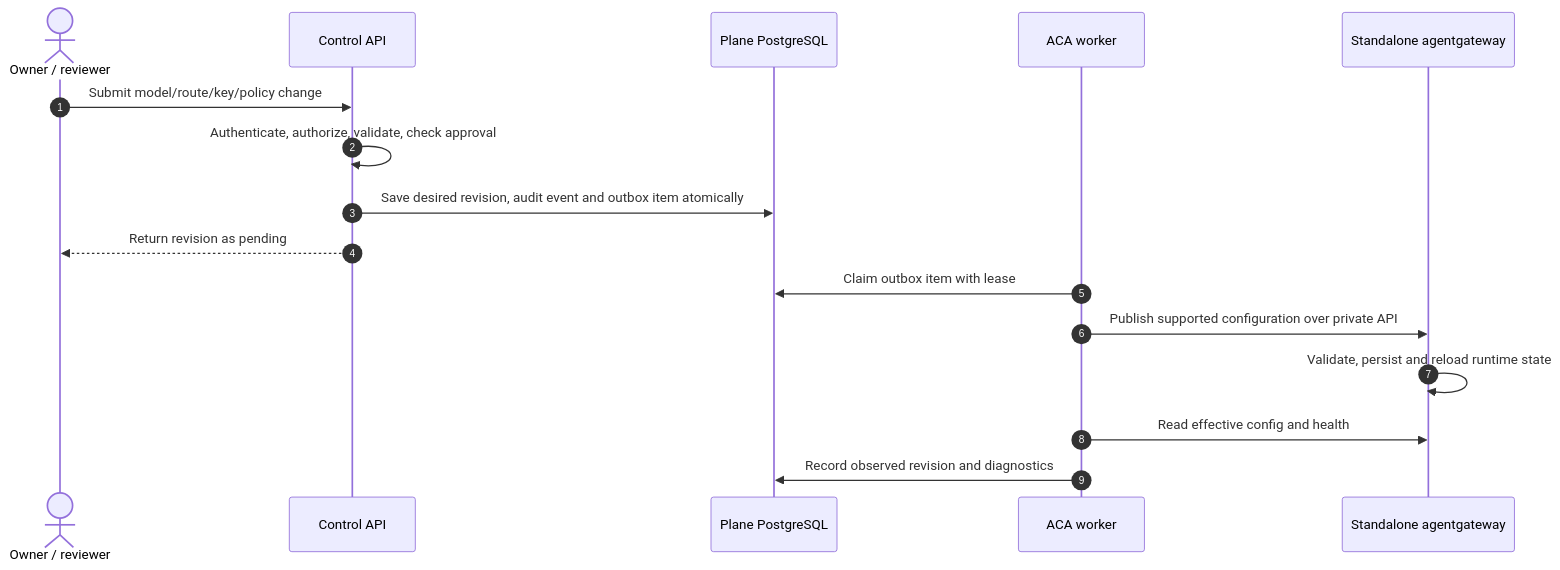
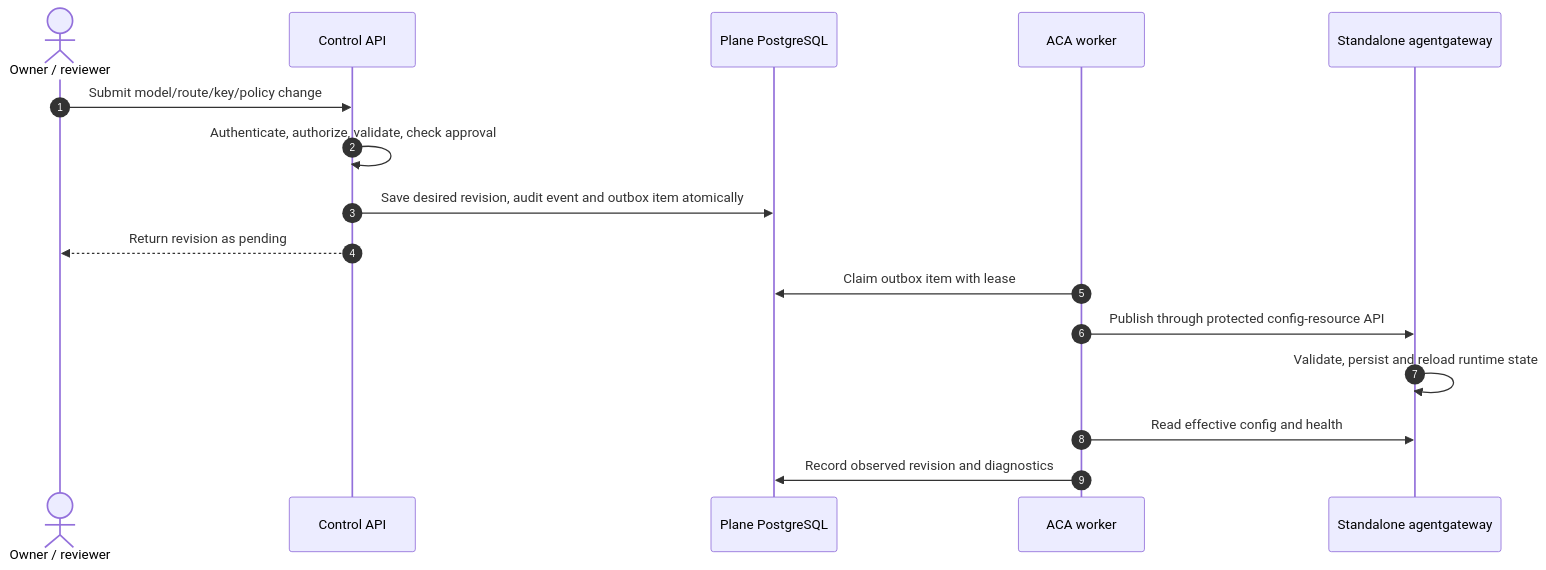
The second of 2 diagrams in docs/architect.md (ramabaswa/AI-Governance-Plane), drawn with Mermaid before and after one commit. The commit also changed other lines of this file and 9 other files, not shown here.

Commit message:
feat: Update documentation and scripts for Azure Container Apps deployment, enhance config-resource API details, and clarify ingress settings

````diff
--- a/docs/architect.md
+++ b/docs/architect.md
@@ -85,19 +87,19 @@
 ```mermaid
 sequenceDiagram
     autonumber
     actor Owner as Owner / reviewer
     participant API as Control API
     participant DB as Plane PostgreSQL
     participant Worker as ACA worker
     participant Gateway as Standalone agentgateway
 
     Owner->>API: Submit model/route/key/policy change
     API->>API: Authenticate, authorize, validate, check approval
     API->>DB: Save desired revision, audit event and outbox item atomically
     API-->>Owner: Return revision as pending
     Worker->>DB: Claim outbox item with lease
-    Worker->>Gateway: Publish supported configuration over private API
+    Worker->>Gateway: Publish through protected config-resource API
     Gateway->>Gateway: Validate, persist and reload runtime state
     Worker->>Gateway: Read effective config and health
     Worker->>DB: Record observed revision and diagnostics
 ```
````
